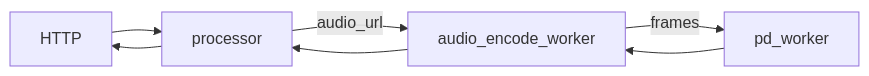
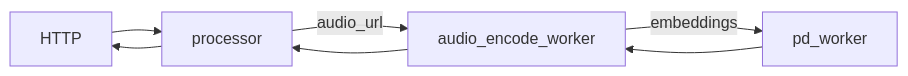
Before and after one commit to vickiegpt/dynamo: the seventh of 7 diagrams in examples/multimodal/README.md, drawn with Mermaid. The commit also changed 2 other files, not shown here.

````diff
--- a/examples/multimodal/README.md
+++ b/examples/multimodal/README.md
@@ -524,9 +524,9 @@
 ```mermaid
 flowchart LR
   HTTP --> processor
   processor --> HTTP
   processor --audio_url--> audio_encode_worker
   audio_encode_worker --> processor
-  audio_encode_worker --frames--> pd_worker
+  audio_encode_worker --embeddings--> pd_worker
   pd_worker --> audio_encode_worker
 ```
````
